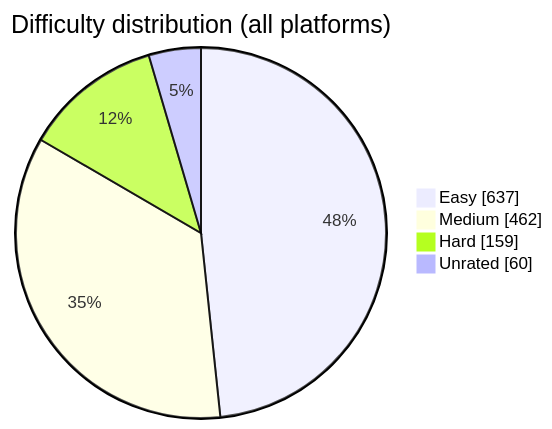
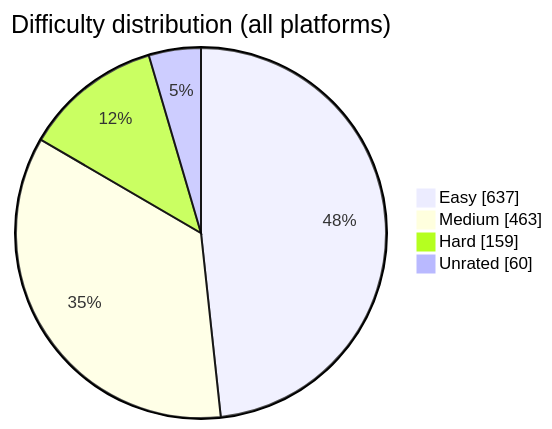
The diagram in README.md (BuildbyArindam/Daily-Coding-Log), drawn with Mermaid before and after one commit. The commit also changed other lines of this file, not shown here.

````diff
--- a/README.md
+++ b/README.md
@@ -93,7 +93,7 @@
 ```mermaid
 pie showData title Difficulty distribution (all platforms)
     "Easy" : 637
-    "Medium" : 462
+    "Medium" : 463
     "Hard" : 159
     "Unrated" : 60
 ```
````
